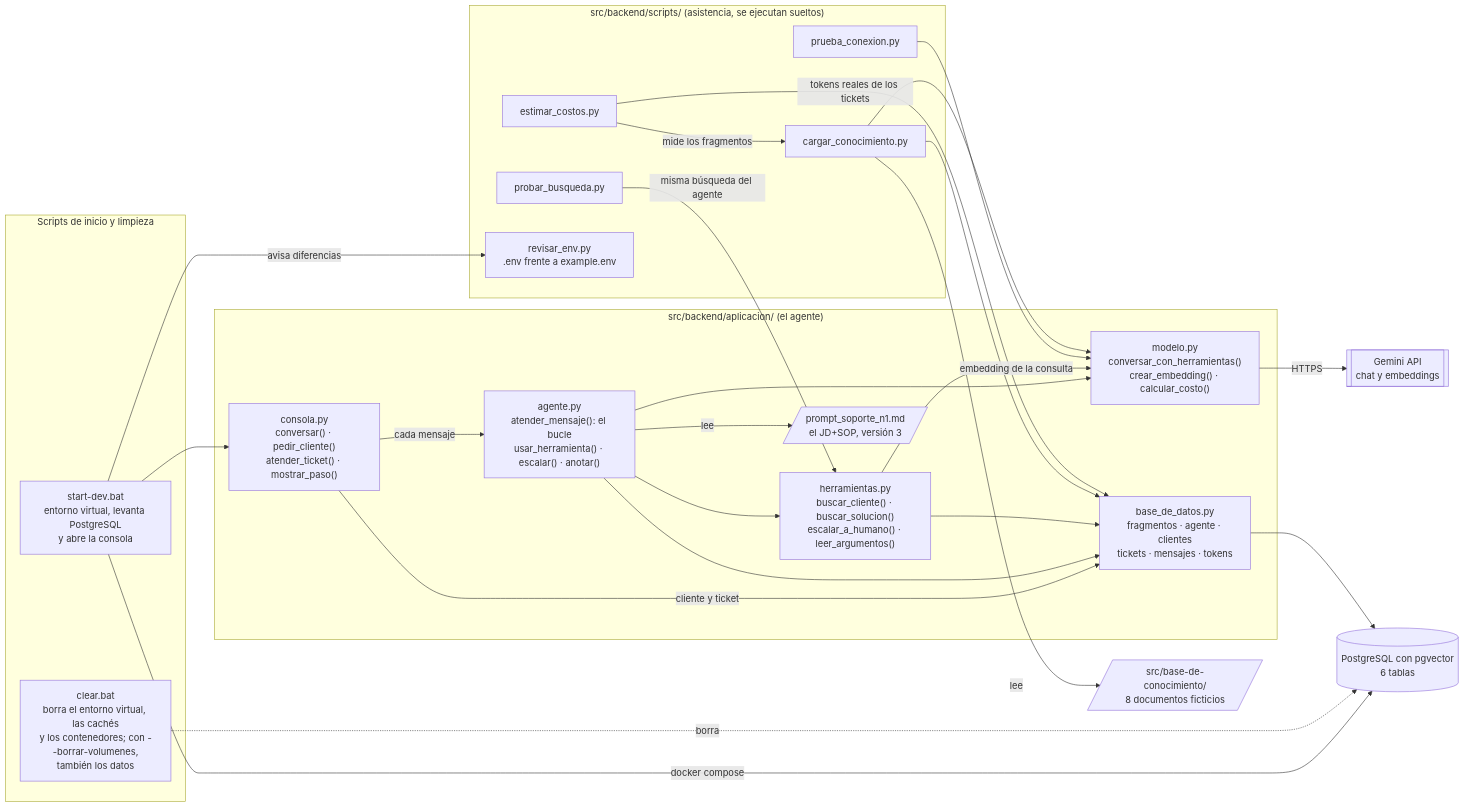
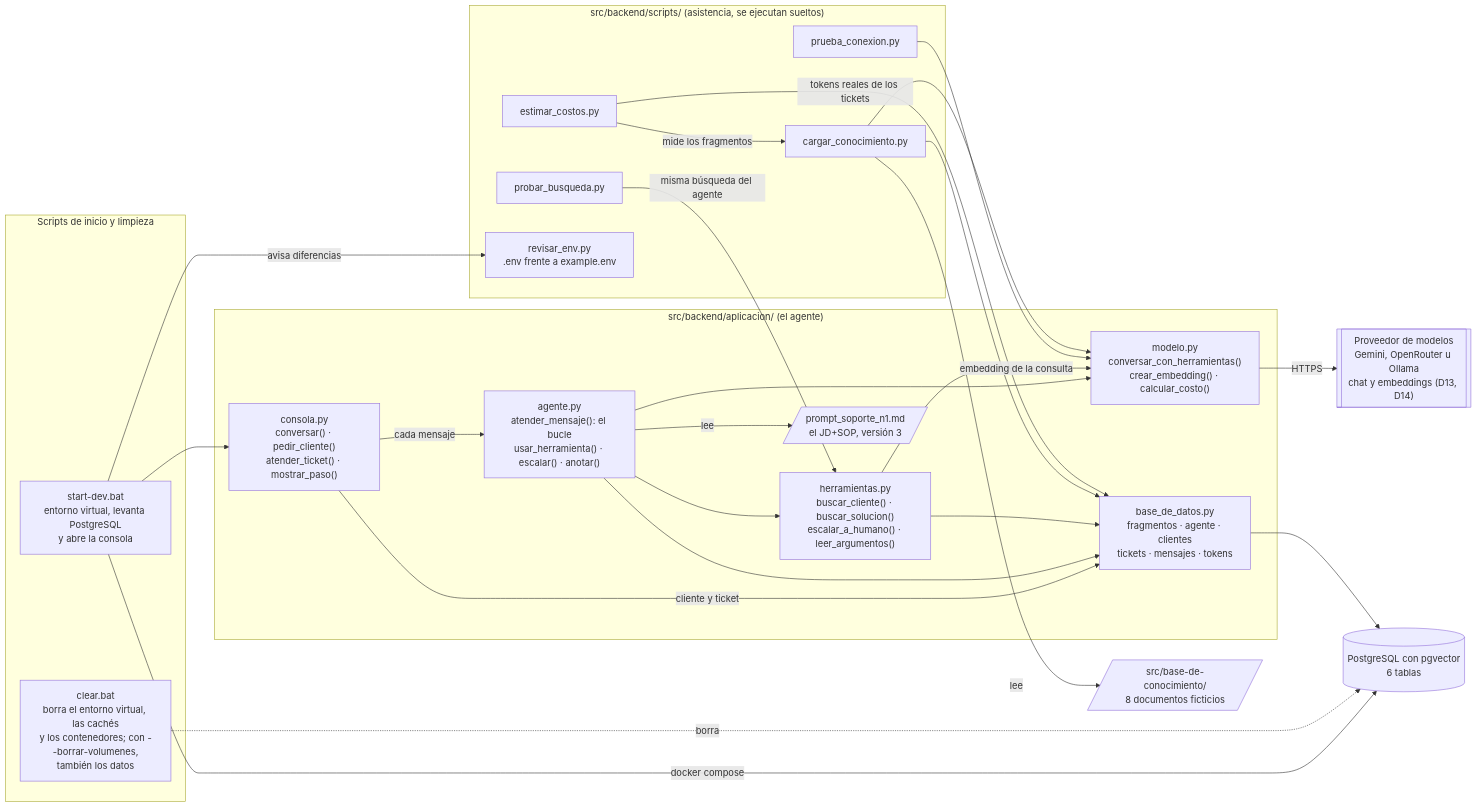
Before and after one commit to edgardo001/ai-agent-manager-estudio-aiam-certiprof-studio: the first of 5 diagrams in estudio/proyecto-agente/agente-soporte-n1/docs/diagramas-del-codigo.md, drawn with Mermaid. The commit also changed other lines of this file and 15 other files, not shown here.

````diff
--- a/estudio/proyecto-agente/agente-soporte-n1/docs/diagramas-del-codigo.md
+++ b/estudio/proyecto-agente/agente-soporte-n1/docs/diagramas-del-codigo.md
@@ -13,50 +13,50 @@
 ```mermaid
 flowchart LR
     subgraph LANZ["Scripts de inicio y limpieza"]
         DEV["start-dev.bat<br/>entorno virtual, levanta PostgreSQL<br/>y abre la consola"]
         CLR["clear.bat<br/>borra el entorno virtual, las cachés<br/>y los contenedores; con --borrar-volumenes,<br/>también los datos"]
     end
 
     subgraph BACK["src/backend/aplicacion/ (el agente)"]
         CON["consola.py<br/>conversar() · pedir_cliente()<br/>atender_ticket() · mostrar_paso()"]
         AGE["agente.py<br/>atender_mensaje(): el bucle<br/>usar_herramienta() · escalar() · anotar()"]
         HER["herramientas.py<br/>buscar_cliente() · buscar_solucion()<br/>escalar_a_humano() · leer_argumentos()"]
         MOD["modelo.py<br/>conversar_con_herramientas()<br/>crear_embedding() · calcular_costo()"]
         BD["base_de_datos.py<br/>fragmentos · agente · clientes<br/>tickets · mensajes · tokens"]
         PROMPT[/"prompt_soporte_n1.md<br/>el JD+SOP, versión 3"/]
     end
 
     subgraph SCR["src/backend/scripts/ (asistencia, se ejecutan sueltos)"]
         PRU["prueba_conexion.py"]
         CAR["cargar_conocimiento.py"]
         PBU["probar_busqueda.py"]
         EST["estimar_costos.py"]
         REV["revisar_env.py<br/>.env frente a example.env"]
     end
 
     DOCS[/"src/base-de-conocimiento/<br/>8 documentos ficticios"/]
     PG[("PostgreSQL con pgvector<br/>6 tablas")]
-    GEM[["Gemini API<br/>chat y embeddings"]]
+    GEM[["Proveedor de modelos<br/>Gemini, OpenRouter u Ollama<br/>chat y embeddings (D13, D14)"]]
 
     DEV --> CON
     DEV -->|docker compose| PG
     CLR -.->|borra| PG
     CON -->|cada mensaje| AGE
     CON -->|cliente y ticket| BD
     AGE -->|lee| PROMPT
     AGE --> MOD
     AGE --> HER
     AGE --> BD
     HER -->|embedding de la consulta| MOD
     HER --> BD
     PRU --> MOD
     CAR -->|lee| DOCS
     CAR --> MOD
     CAR --> BD
     PBU -->|misma búsqueda del agente| HER
     EST -->|mide los fragmentos| CAR
     EST -->|tokens reales de los tickets| BD
     DEV -->|avisa diferencias| REV
     MOD -->|HTTPS| GEM
     BD --> PG
 ```
````
